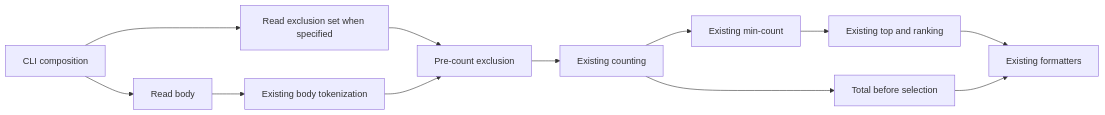
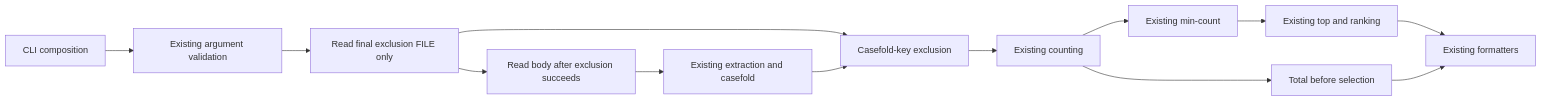
Before and after one commit to ToR-O3/argonauts-uat-20261114-public: the diagram in _bmad-output/initiative-r-6442a149/architecture/architecture.md, drawn with Mermaid. The commit also changed other lines of this file and 32 other files, not shown here.

````diff
--- a/_bmad-output/initiative-r-6442a149/architecture/architecture.md
+++ b/_bmad-output/initiative-r-6442a149/architecture/architecture.md
@@ -36,14 +35,15 @@
 ```mermaid
 flowchart LR
-    CLI[CLI composition] --> LOAD[Read exclusion set when specified]
-    CLI --> SRC[Read body]
-    SRC --> TOK[Existing body tokenization]
-    LOAD --> FILTER[Pre-count exclusion]
+    CLI[CLI composition] --> ARG[Existing argument validation]
+    ARG --> LOAD[Read final exclusion FILE only]
+    LOAD --> SRC[Read body after exclusion succeeds]
+    SRC --> TOK[Existing extraction and casefold]
+    LOAD --> FILTER[Casefold-key exclusion]
     TOK --> FILTER
     FILTER --> COUNT[Existing counting]
     COUNT --> TOTAL[Total before selection]
     COUNT --> MIN[Existing min-count]
     MIN --> TOP[Existing top and ranking]
     TOP --> FMT[Existing formatters]
     TOTAL --> FMT
 ```
````
